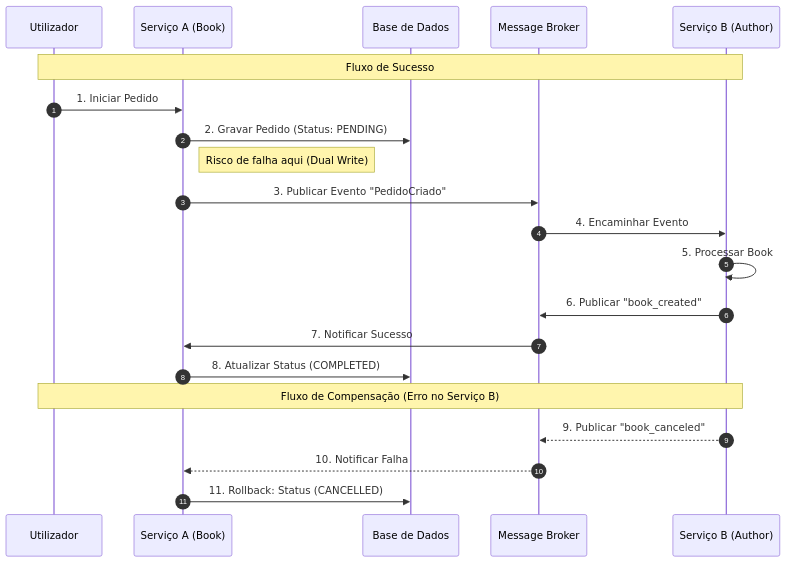
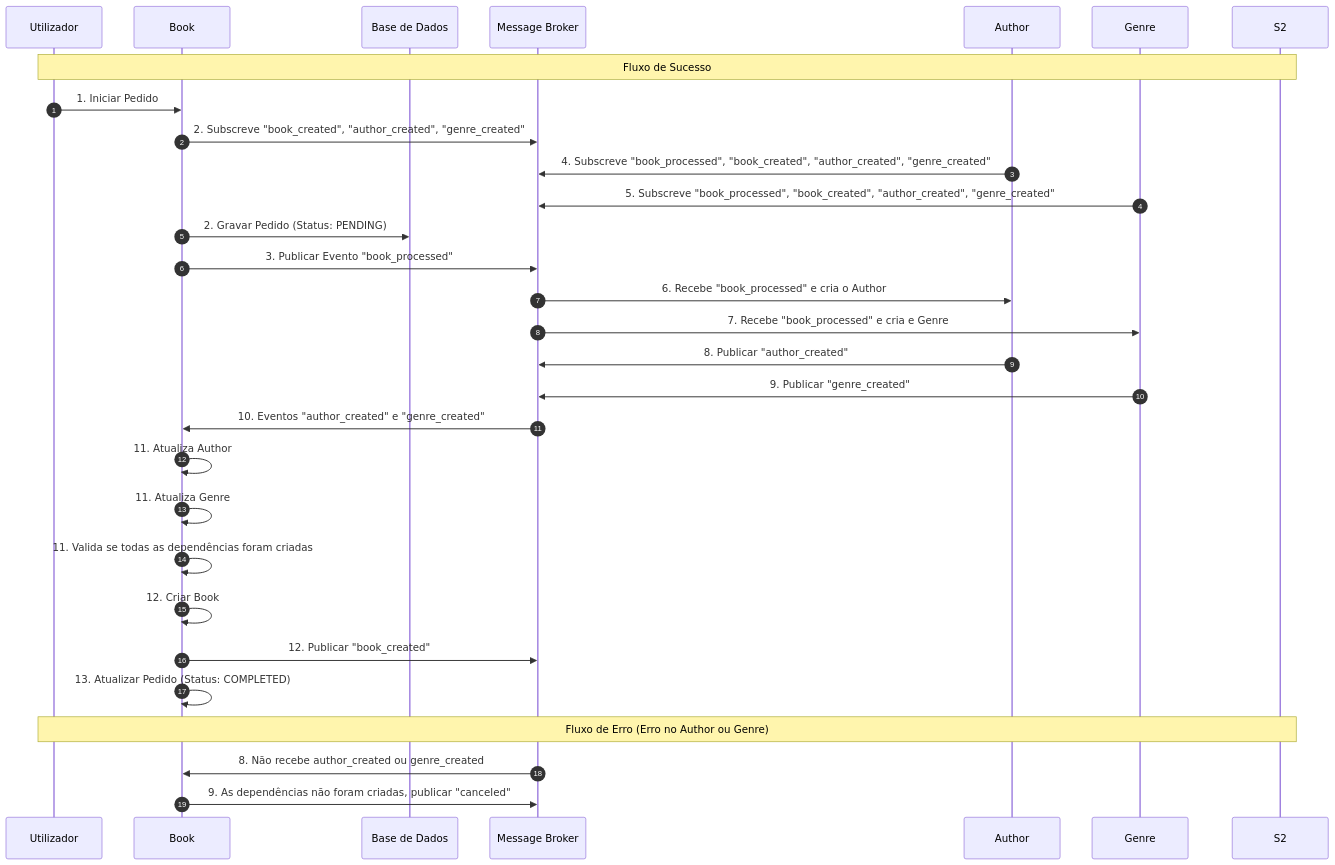
Before and after one commit to carlosch-isep/lmsbooks: the diagram in README.md, drawn with Mermaid. The commit also changed other lines of this file, not shown here.

Commit message:
Create SAGA diagram

````diff
--- a/README.md
+++ b/README.md
@@ -50,25 +54,32 @@
 ```mermaid
 sequenceDiagram
     autonumber
     participant U as Utilizador
-    participant S1 as Serviço A (Book)
+    participant BO as Book
     participant DB as Base de Dados
-    participant B as Message Broker
-    participant S2 as Serviço B (Author)
+    participant MB as Message Broker
+    participant AU as Author
+    participant GE as Genre
 
     Note over U, S2: Fluxo de Sucesso
-    U->>S1: 1. Iniciar Pedido
-    S1->>DB: 2. Gravar Pedido (Status: PENDING)
-    Note right of S1: Risco de falha aqui (Dual Write)
-    S1->>B: 3. Publicar Evento "PedidoCriado"
-    B->>S2: 4. Encaminhar Evento
-    S2->>S2: 5. Processar Book
-    S2->>B: 6. Publicar "book_created"
-    B->>S1: 7. Notificar Sucesso
-    S1->>DB: 8. Atualizar Status (COMPLETED)
-
-    Note over U, S2: Fluxo de Compensação (Erro no Serviço B)
-    S2-->>B: 9. Publicar "book_canceled"
-    B-->>S1: 10. Notificar Falha
-    S1->>DB: 11. Rollback: Status (CANCELLED)
+    U->>BO: 1. Iniciar Pedido
+    BO->>MB: 2. Subscreve "book_created", "author_created", "genre_created"
+    AU->>MB: 4. Subscreve "book_processed", "book_created", "author_created", "genre_created"
+    GE->>MB: 5. Subscreve "book_processed", "book_created", "author_created", "genre_created"
+    BO->>DB: 2. Gravar Pedido (Status: PENDING)
+    BO->>MB: 3. Publicar Evento "book_processed"
+    MB->>AU: 6. Recebe "book_processed" e cria o Author
+    MB->>GE: 7. Recebe "book_processed" e cria e Genre
+    AU->>MB: 8. Publicar "author_created"
+    GE->>MB: 9. Publicar "genre_created"
+    MB->>BO: 10. Eventos "author_created" e "genre_created"
+    BO->>BO: 11. Atualiza Author
+    BO->>BO: 11. Atualiza Genre
+    BO->>BO: 11. Valida se todas as dependências foram criadas
+    BO->>BO: 12. Criar Book
+    BO->>MB: 12. Publicar "book_created"
+    BO->>BO: 13. Atualizar Pedido (Status: COMPLETED)
+    Note over U, S2: Fluxo de Erro (Erro no Author ou Genre)
+    MB->>BO: 8. Não recebe author_created ou genre_created
+    BO->>MB: 9. As dependências não foram criadas, publicar "canceled"
 ```
````
